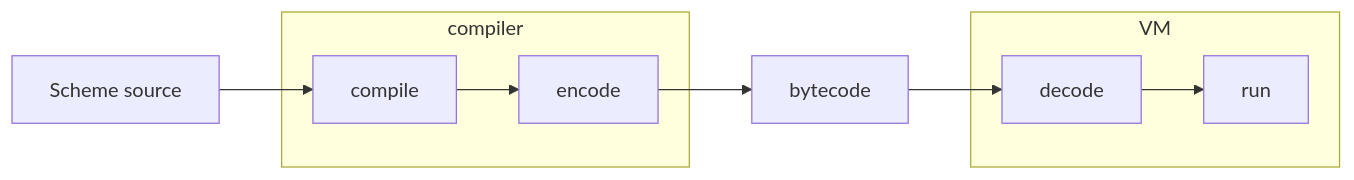
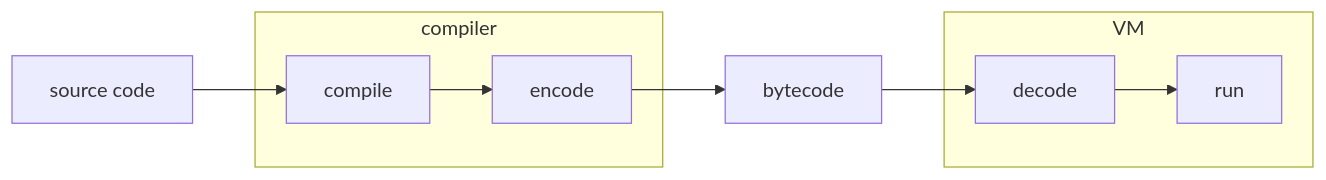
Before and after one commit to raviqqe/doc: the diagram in slides/papers/stak-scheme/encode-decode.mmd, drawn with Mermaid.

```diff
--- a/slides/papers/stak-scheme/encode-decode.mmd
+++ b/slides/papers/stak-scheme/encode-decode.mmd
@@ -1,12 +1,12 @@
 flowchart LR
-  n0[Scheme source] --> compile
+  n0[source code] --> compile
 
   subgraph compiler
     compile --> encode
   end
 
   encode --> bytecode --> decode
 
   subgraph vm[VM]
     decode --> run
   end
```
